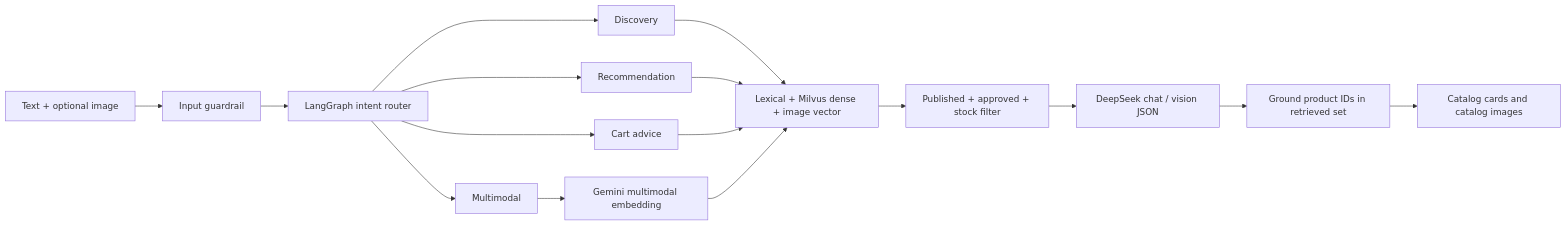
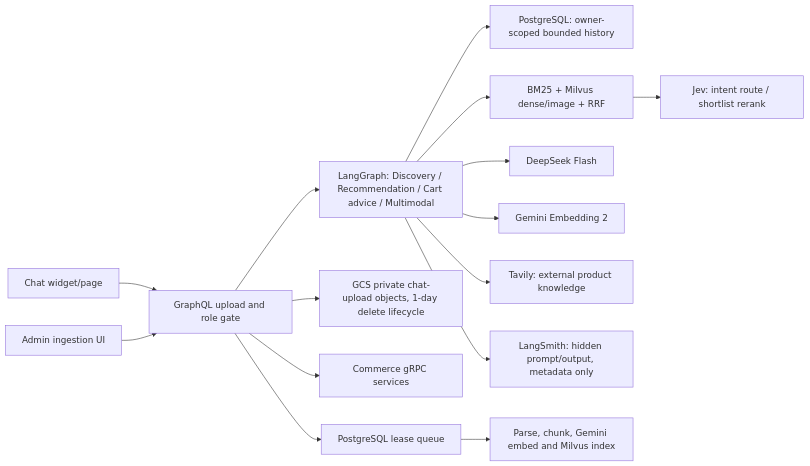
The diagram in docs/chatbot-agentic-rag.md (Tuananh165-art/GoshopX), drawn with Mermaid before and after one commit. The commit also changed other lines of this file and 126 other files, not shown here.

Commit message:
feat(chat): complete agentic shopping and ingestion stack

````diff
--- a/docs/chatbot-agentic-rag.md
+++ b/docs/chatbot-agentic-rag.md
@@ -5,18 +5,16 @@
 ```mermaid
 flowchart LR
-  Upload[Text + optional image] --> Guard[Input guardrail]
-  Guard --> Router[LangGraph intent router]
-  Router --> Discovery[Discovery]
-  Router --> Compare[Recommendation]
-  Router --> Cart[Cart advice]
-  Router --> Vision[Multimodal]
-  Discovery --> Search[Lexical + Milvus dense + image vector]
-  Compare --> Search
-  Cart --> Search
-  Vision --> Gemini[Gemini multimodal embedding]
-  Gemini --> Search
-  Search --> Filter[Published + approved + stock filter]
-  Filter --> LLM[DeepSeek chat / vision JSON]
-  LLM --> Ground[Ground product IDs in retrieved set]
-  Ground --> UI[Catalog cards and catalog images]
+  UI[Chat widget/page] --> G[GraphQL: cookie, ownership, upload]
+  G --> LG[LangGraph: Discovery / Recommendation / Cart advice / Multimodal]
+  LG --> M[PostgreSQL: owner-scoped bounded history]
+  LG --> R[BM25 + Milvus dense/image + RRF]
+  R --> J[Jev: intent route / shortlist rerank]
+  LG --> D[DeepSeek Flash]
+  LG --> E[Gemini Embedding 2]
+  LG --> T[Tavily: external product knowledge]
+  LG --> L[LangSmith: hidden prompt/output, metadata only]
+  G --> S[GCS private chat-upload objects, 1-day delete lifecycle]
+  G --> C[Commerce gRPC services]
+  A[Admin ingestion UI] --> G[GraphQL upload and role gate] --> Q[PostgreSQL lease queue]
+  Q --> W[Parse, chunk, Gemini embed and Milvus index]
 ```
````
